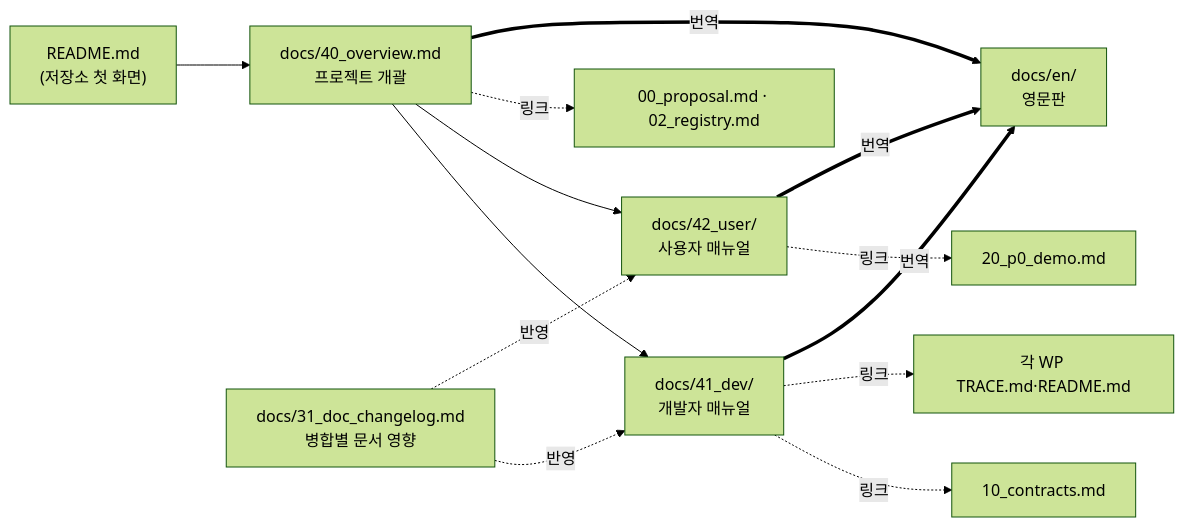
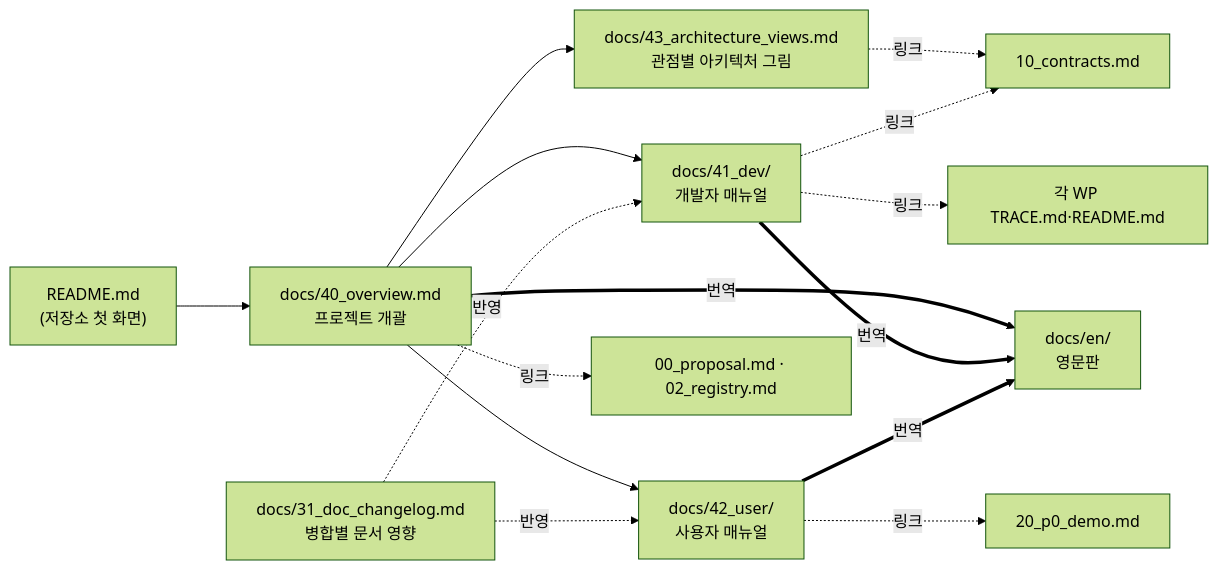
One commit to Kimbyung-wook/SwarmFlSim changed the first of 3 diagrams in docs/30_doc_plan.md. Above: the diagram before and after it, drawn with Mermaid (forest theme). The commit also changed other lines of this file and 2 other files, not shown here.

Commit message:
docs: 관점별 아키텍처 그림 문서 43_architecture_views.md 추가
시스템 맥락, 프로세스·배치, 키와 가시성 경계(DEC-013), lockstep 한 프레임
(DEC-044/083), 기체 내부 계층, 유도·항법·제어 체인과 상위 행동, 링크 상실
정책(DEC-078), 데이터링크 판정 순서·Heartbeat, 성능 구조(DEC-081~084),
WP 구조. 정리 필요 항목 G-1~10, 사용자 피드백 질문 Q1~16.
기준 wp0-contracts 9e22898, 계약 0.19.0. 30_doc_plan §2와 README 문서 표 갱신.

````diff
--- a/docs/30_doc_plan.md
+++ b/docs/30_doc_plan.md
@@ -25,13 +25,15 @@
 ```mermaid
 flowchart LR
     R["README.md<br/>(저장소 첫 화면)"] --> OV["docs/40_overview.md<br/>프로젝트 개괄"]
     OV --> DEV["docs/41_dev/<br/>개발자 매뉴얼"]
     OV --> USR["docs/42_user/<br/>사용자 매뉴얼"]
+    OV --> ARC["docs/43_architecture_views.md<br/>관점별 아키텍처 그림"]
+    ARC -. 링크 .-> C
     DEV -. 링크 .-> C["10_contracts.md"]
     DEV -. 링크 .-> T["각 WP TRACE.md·README.md"]
     USR -. 링크 .-> D["20_p0_demo.md"]
     OV -. 링크 .-> P["00_proposal.md · 02_registry.md"]
     OV & DEV & USR == "번역" ==> EN["docs/en/<br/>영문판"]
     CL["docs/31_doc_changelog.md<br/>병합별 문서 영향"] -. 반영 .-> DEV
     CL -. 반영 .-> USR
 ```
````
